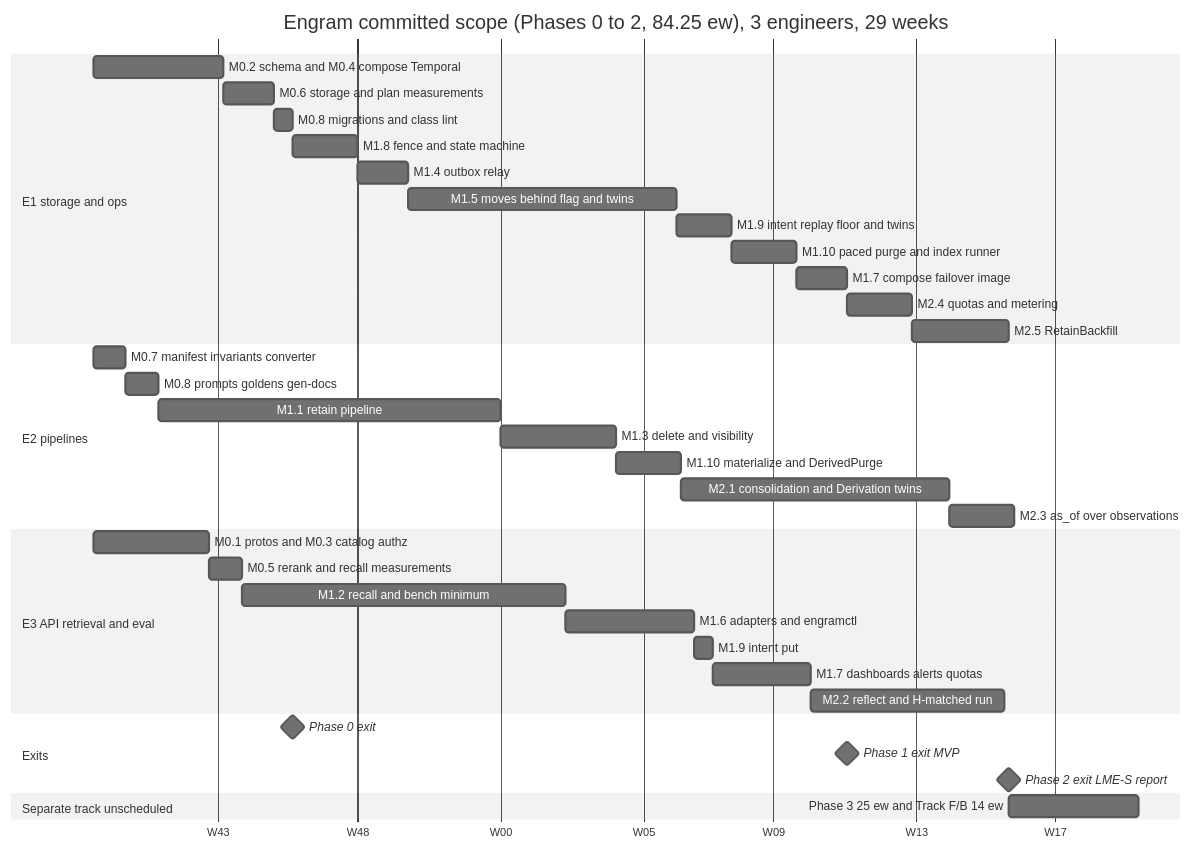
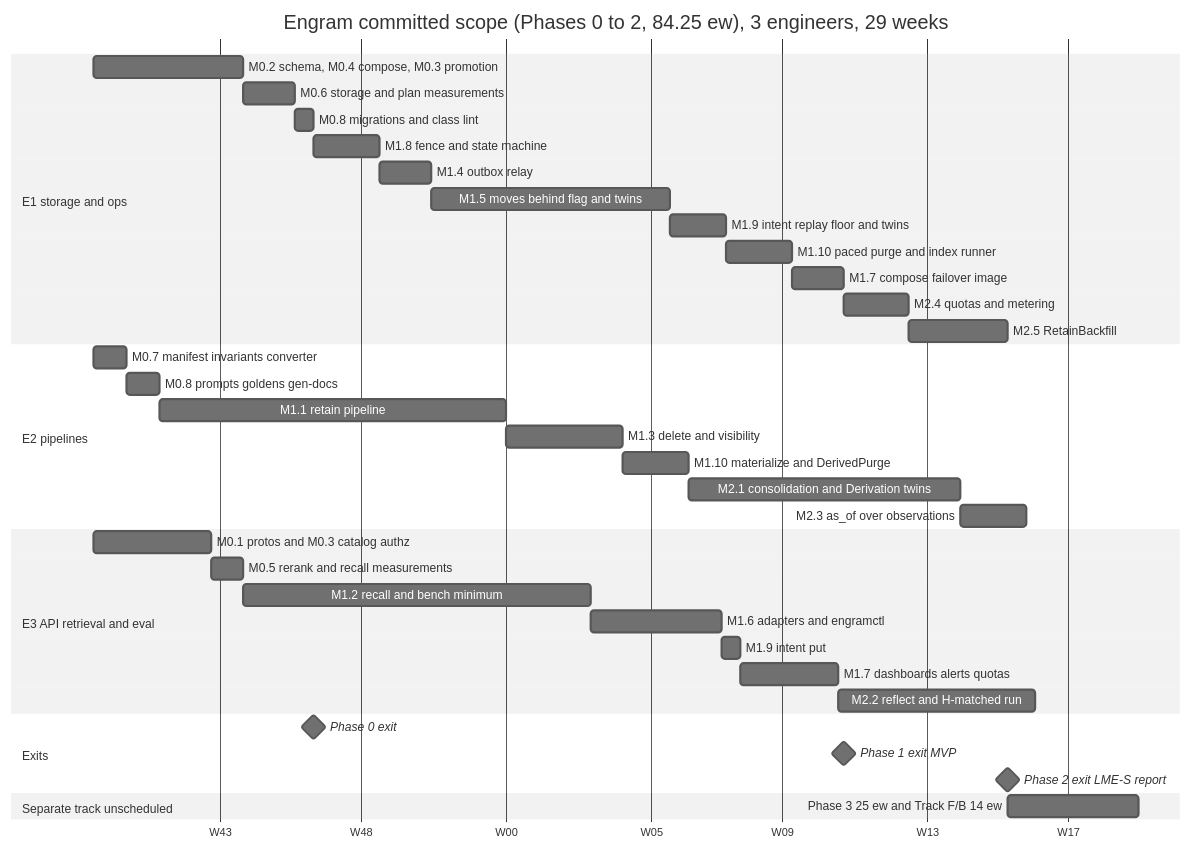
Before and after one commit to gstamatakis95/agent-memory-benchmark: the diagram in plans/engram/sections/10-roadmap.md, drawn with Mermaid (neutral theme). The commit also changed other lines of this file and 17 other files, not shown here.

First line of the commit message:
WIP: D25 tests/ops/roadmap applied; register phase totals corrected

````diff
--- a/plans/engram/sections/10-roadmap.md
+++ b/plans/engram/sections/10-roadmap.md
@@ -130,40 +127,40 @@
 ```mermaid
 gantt
   title Engram committed scope (Phases 0 to 2, 84.25 ew), 3 engineers, 29 weeks
   dateFormat  YYYY-MM-DD
   axisFormat  W%W
   section E1 storage and ops
-  M0.2 schema and M0.4 compose Temporal  :e1a, 2026-10-05, 28d
+  M0.2 schema, M0.4 compose, M0.3 promotion :e1a, 2026-10-05, 32d
   M0.6 storage and plan measurements     :e1b, after e1a, 11d
   M0.8 migrations and class lint         :e1d, after e1b, 4d
   M1.8 fence and state machine           :e1e, after e1d, 14d
   M1.4 outbox relay                      :e1f, after e1e, 11d
-  M1.5 moves behind flag and twins        :e1g, after e1f, 58d
+  M1.5 moves behind flag and twins        :e1g, after e1f, 51d
   M1.9 intent replay floor and twins    :e1h, after e1g, 12d
   M1.10 paced purge and index runner     :e1i, after e1h, 14d
   M1.7 compose failover image            :e1j, after e1i, 11d
   M2.4 quotas and metering               :e1k, after e1j, 14d
   M2.5 RetainBackfill                    :e1l, after e1k, 21d
   section E2 pipelines
   M0.7 manifest invariants converter       :e2a, 2026-10-05, 7d
   M0.8 prompts goldens gen-docs          :e2b, after e2a, 7d
   M1.1 retain pipeline                   :e2c, after e2b, 74d
   M1.3 delete and visibility             :e2d, after e2c, 25d
   M1.10 materialize and DerivedPurge     :e2e, after e2d, 14d
   M2.1 consolidation and Derivation twins :e2f, after e2e, 58d
   M2.3 as_of over observations           :e2g, after e2f, 14d
   section E3 API retrieval and eval
   M0.1 protos and M0.3 catalog authz     :e3a, 2026-10-05, 25d
   M0.5 rerank and recall measurements    :e3b, after e3a, 7d
-  M1.2 recall and bench minimum          :e3c, after e3b, 70d
+  M1.2 recall and bench minimum          :e3c, after e3b, 74d
   M1.6 adapters and engramctl            :e3d, after e3c, 28d
   M1.9 intent put                        :e3e, after e3d, 4d
   M1.7 dashboards alerts quotas          :e3f, after e3e, 21d
   M2.2 reflect and H-matched run         :e3g, after e3f, 42d
   section Exits
   Phase 0 exit                           :milestone, after e1d, 0d
   Phase 1 exit MVP                       :milestone, after e1j, 0d
   Phase 2 exit LME-S report              :milestone, after e1l, 0d
   section Separate track unscheduled
   Phase 3 25 ew and Track F/B 14 ew      :sep, after e1l, 28d
 ```
````
